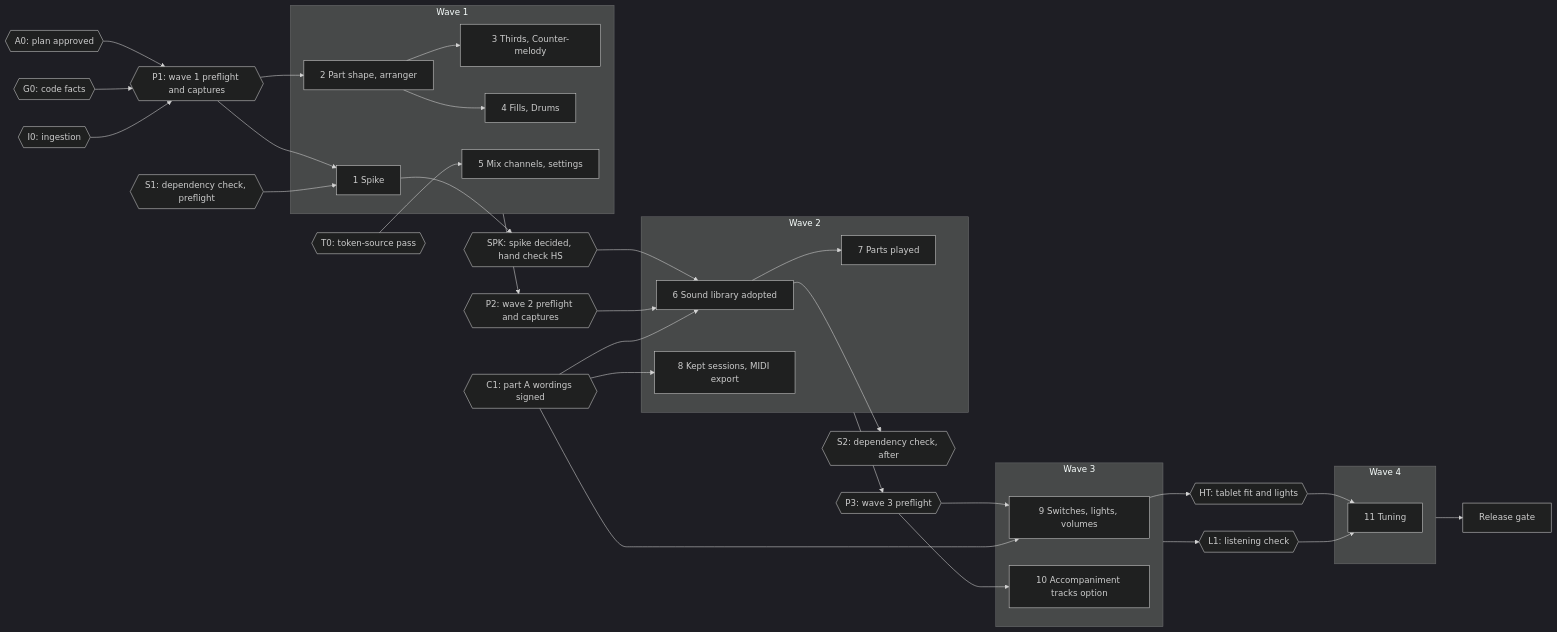
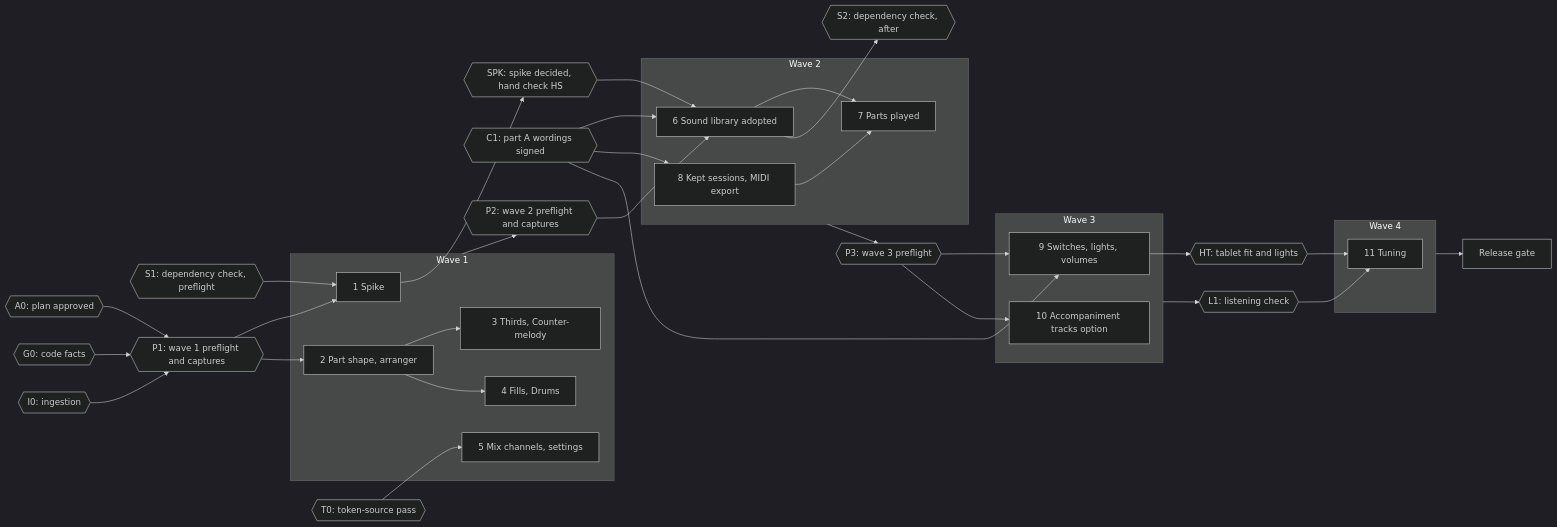
Before and after one commit to kluthen/infinite-flow: the diagram in specs/versions/v4/build-plan.md, drawn with Mermaid (dark theme). The commit also changed other lines of this file and 3 other files, not shown here.

````diff
--- a/specs/versions/v4/build-plan.md
+++ b/specs/versions/v4/build-plan.md
@@ -77,61 +78,62 @@
 ```mermaid
 flowchart LR
   A0{{A0: plan approved}}
   G0{{G0: code facts}}
   I0{{I0: ingestion}}
   T0{{T0: token-source pass}}
   S1{{S1: dependency check, preflight}}
   C1{{C1: part A wordings signed}}
   P1{{P1: wave 1 preflight and captures}}
   SPK{{SPK: spike decided, hand check HS}}
   P2{{P2: wave 2 preflight and captures}}
   S2{{S2: dependency check, after}}
   P3{{P3: wave 3 preflight}}
   HT{{HT: tablet fit and lights}}
   L1{{L1: listening check}}
   subgraph W1[Wave 1]
     K1[1 Spike]
     K2[2 Part shape, arranger]
     K3[3 Thirds, Counter-melody]
     K4[4 Fills, Drums]
     K5[5 Mix channels, settings]
   end
   subgraph W2[Wave 2]
     K6[6 Sound library adopted]
     K7[7 Parts played]
     K8[8 Kept sessions, MIDI export]
   end
   subgraph W3[Wave 3]
     K9[9 Switches, lights, volumes]
     K10[10 Accompaniment tracks option]
   end
   subgraph W4[Wave 4]
     K11[11 Tuning]
   end
   RG[Release gate]
   A0 --> P1
   G0 --> P1
   I0 --> P1
   P1 --> K1
   P1 --> K2
   S1 --> K1
   K2 --> K3
   K2 --> K4
   T0 --> K5
   K1 --> SPK --> K6
   W1 --> P2
   P2 --> K6
   K6 --> K7
+  K8 --> K7
   K6 --> S2
   C1 --> K6
   C1 --> K8
   W2 --> P3
   P3 --> K9
   P3 --> K10
   C1 --> K9
   K9 --> HT
   W3 --> L1
   HT --> K11
   L1 --> K11
   W4 --> RG
 ```
````
